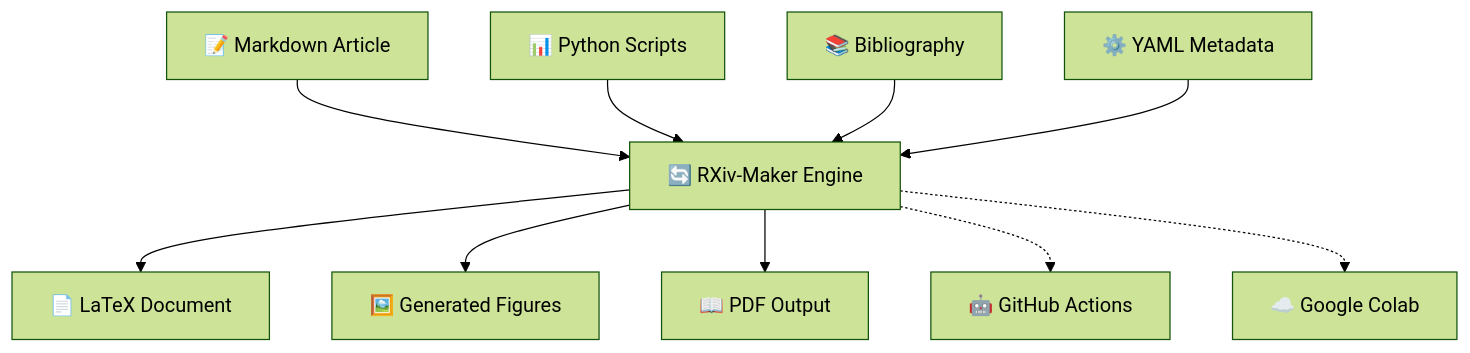
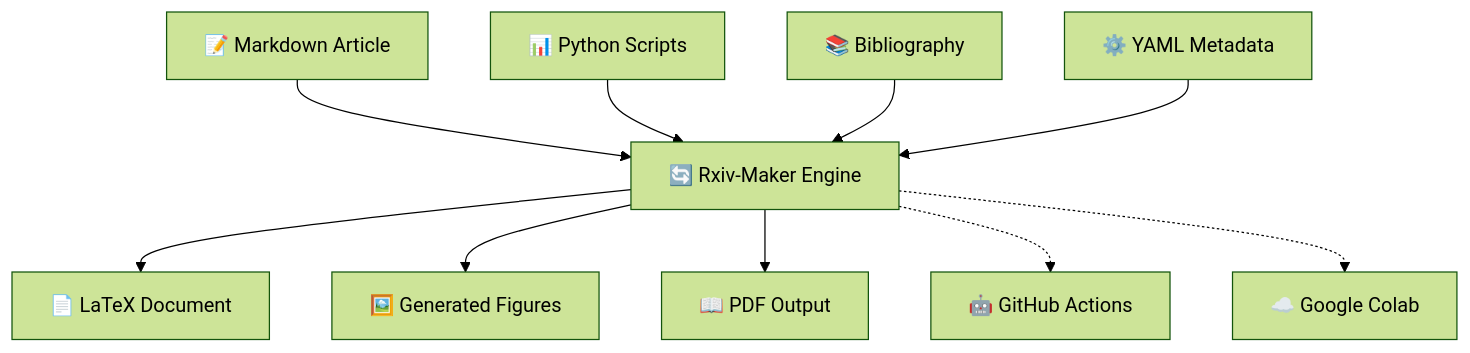
Before and after one commit to paxcalpt/rxiv-maker: the diagram in README.md, drawn with Mermaid (forest theme). The commit also changed other lines of this file and 3 other files, not shown here.

````diff
--- a/README.md
+++ b/README.md
@@ -250,15 +252,15 @@
 ```mermaid
 graph TD
-    A[📝 Markdown Article] --> E[🔄 RXiv-Maker Engine]
+    A[📝 Markdown Article] --> E[🔄 Rxiv-Maker Engine]
     B[📊 Python Scripts] --> E
     C[📚 Bibliography] --> E
     D[⚙️ YAML Metadata] --> E
     
     E --> F[📄 LaTeX Document]
     E --> G[🖼️ Generated Figures]
     E --> H[📖 PDF Output]
     
 
     E -.-> J[🤖 GitHub Actions]
     E -.-> K[☁️ Google Colab]
 ```
````
